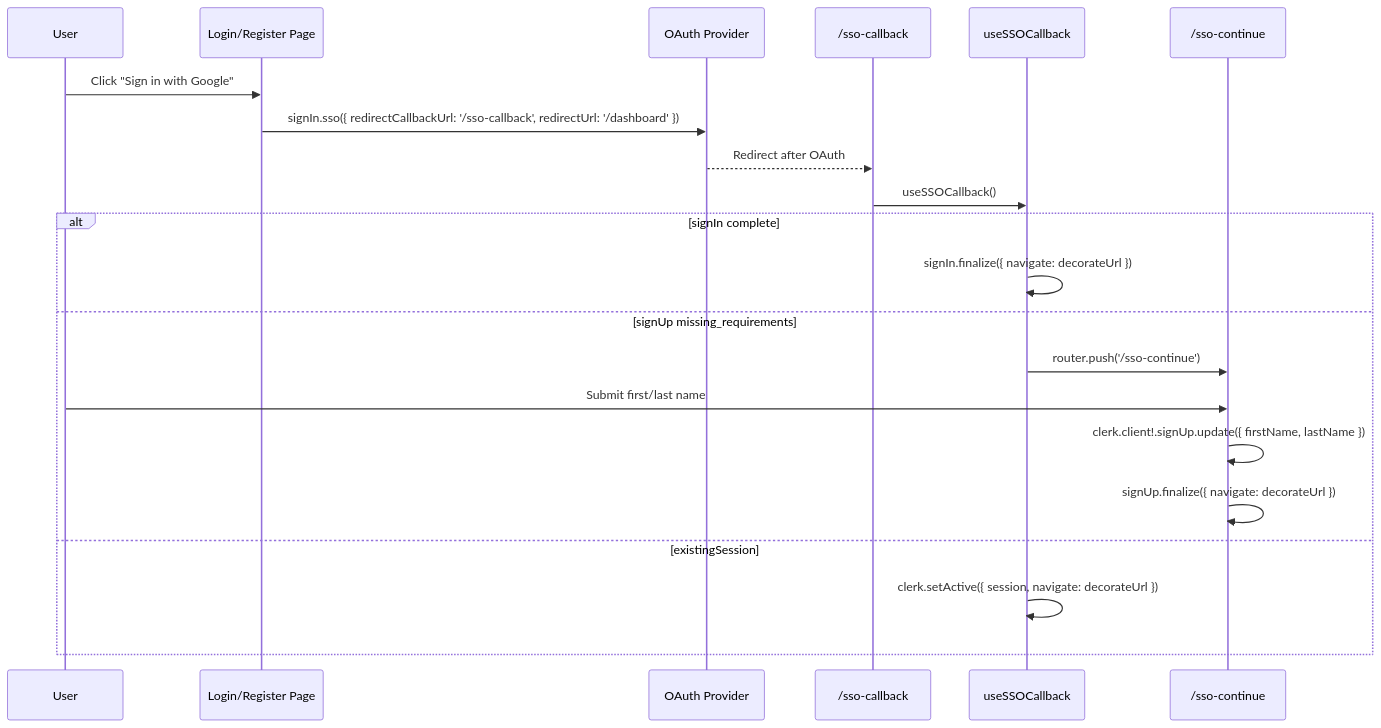
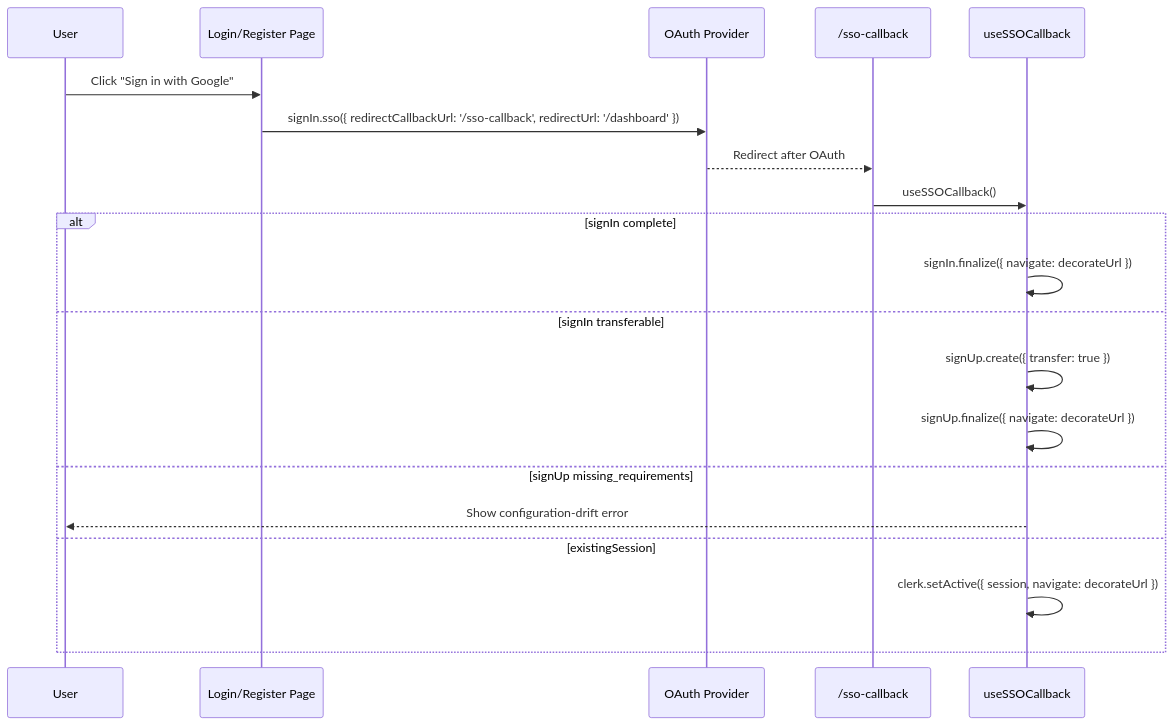
The diagram in docs/architecture/auth/sso.md (myusubov/tailorcv), drawn with Mermaid before and after one commit. The commit also changed other lines of this file and 23 other files, not shown here.

First line of the commit message:
feat(auth): simplify registration flow

````diff
--- a/docs/architecture/auth/sso.md
+++ b/docs/architecture/auth/sso.md
@@ -55,24 +51,23 @@
 ```mermaid
 sequenceDiagram
     participant U as User
     participant L as Login/Register Page
     participant O as OAuth Provider
     participant CB as /sso-callback
     participant Hook as useSSOCallback
-    participant C as /sso-continue
 
     U->>L: Click "Sign in with Google"
     L->>O: signIn.sso({ redirectCallbackUrl: '/sso-callback', redirectUrl: '/dashboard' })
     O-->>CB: Redirect after OAuth
     CB->>Hook: useSSOCallback()
     alt signIn complete
         Hook->>Hook: signIn.finalize({ navigate: decorateUrl })
+    else signIn transferable
+        Hook->>Hook: signUp.create({ transfer: true })
+        Hook->>Hook: signUp.finalize({ navigate: decorateUrl })
     else signUp missing_requirements
-        Hook->>C: router.push('/sso-continue')
-        U->>C: Submit first/last name
-        C->>C: clerk.client!.signUp.update({ firstName, lastName })
-        C->>C: signUp.finalize({ navigate: decorateUrl })
+        Hook-->>U: Show configuration-drift error
     else existingSession
         Hook->>Hook: clerk.setActive({ session, navigate: decorateUrl })
     end
 ```
````
